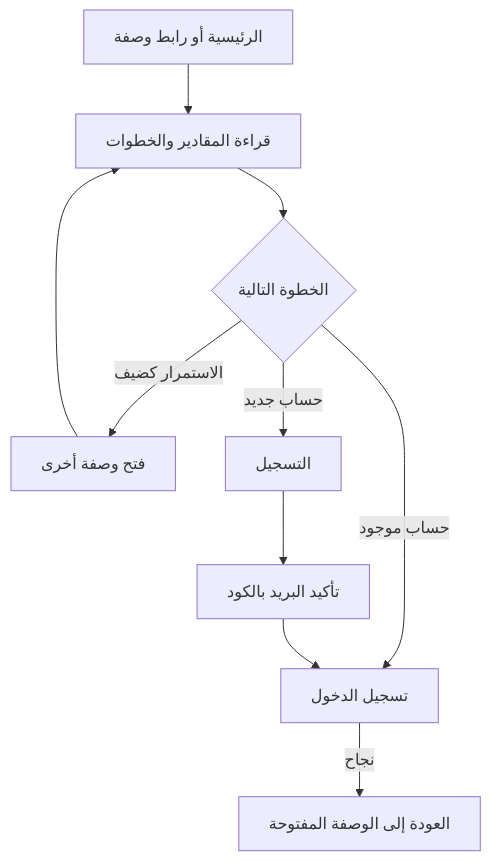
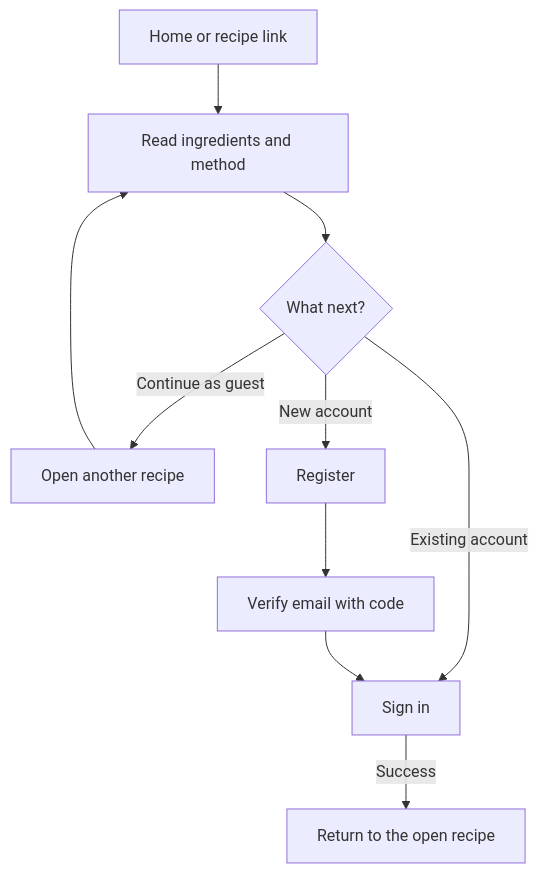
Before and after one commit to onisEg/food_app: the first of 2 diagrams in README.md, drawn with Mermaid. The commit also changed other lines of this file, not shown here.

````diff
--- a/README.md
+++ b/README.md
@@ -36,12 +36,12 @@
 ```mermaid
 flowchart TD
-    A["الرئيسية أو رابط وصفة"] --> B["قراءة المقادير والخطوات"]
-    B --> C{"الخطوة التالية"}
-    C -->|الاستمرار كضيف| D["فتح وصفة أخرى"]
+    A["Home or recipe link"] --> B["Read ingredients and method"]
+    B --> C{"What next?"}
+    C -->|Continue as guest| D["Open another recipe"]
     D --> B
-    C -->|حساب موجود| E["تسجيل الدخول"]
-    C -->|حساب جديد| F["التسجيل"]
-    F --> G["تأكيد البريد بالكود"]
+    C -->|Existing account| E["Sign in"]
+    C -->|New account| F["Register"]
+    F --> G["Verify email with code"]
     G --> E
-    E -->|نجاح| H["العودة إلى الوصفة المفتوحة"]
+    E -->|Success| H["Return to the open recipe"]
 ```
````
